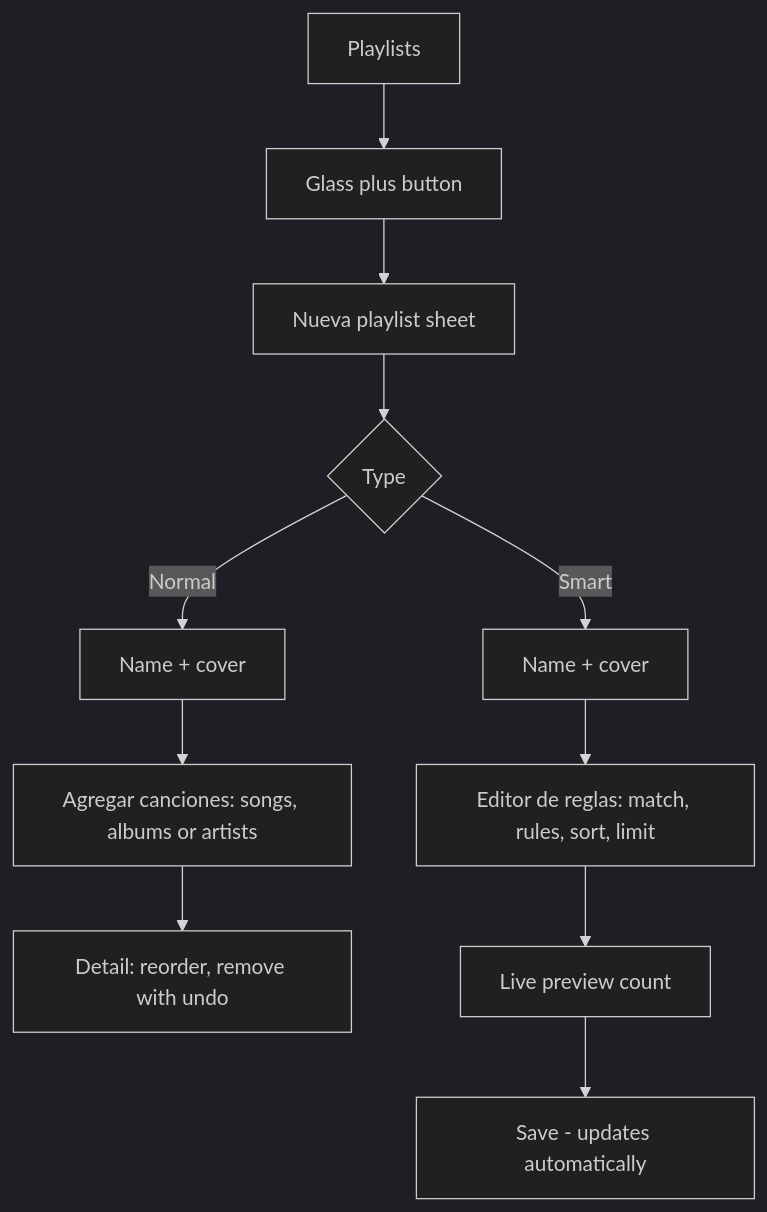
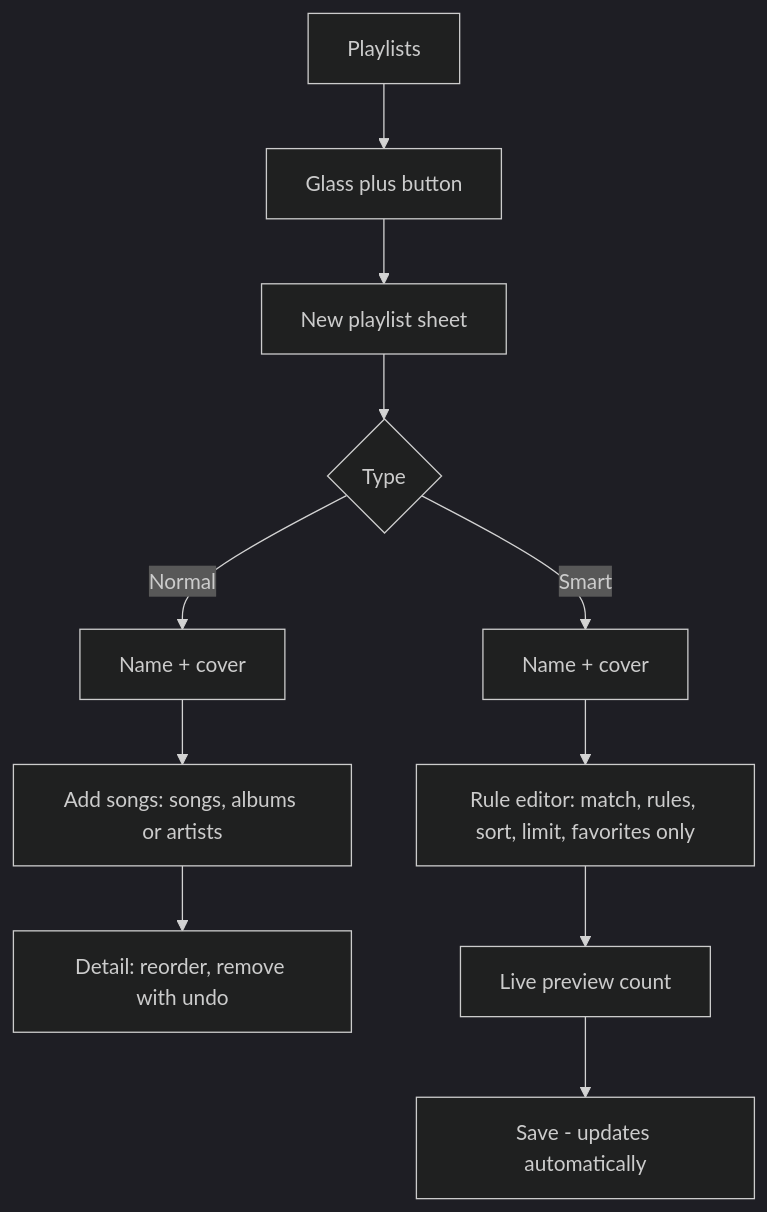
One commit to sabrinasalomon/CoryMusic changed the sixth of 8 diagrams in docs/USER_FLOWS.md. Above: the diagram before and after it, drawn with Mermaid (dark theme). The commit also changed other lines of this file and 20 other files, not shown here.

````diff
--- a/docs/USER_FLOWS.md
+++ b/docs/USER_FLOWS.md
@@ -97,13 +127,13 @@
 ```mermaid
 flowchart TD
     A[Playlists] --> B[Glass plus button]
-    B --> C[Nueva playlist sheet]
+    B --> C[New playlist sheet]
     C --> D{Type}
     D -- Normal --> E[Name + cover]
-    E --> F[Agregar canciones: songs, albums or artists]
+    E --> F[Add songs: songs, albums or artists]
     F --> G[Detail: reorder, remove with undo]
     D -- Smart --> H[Name + cover]
-    H --> I[Editor de reglas: match, rules, sort, limit]
+    H --> I[Rule editor: match, rules, sort, limit, favorites only]
     I --> J[Live preview count]
     J --> K[Save - updates automatically]
 ```
````
